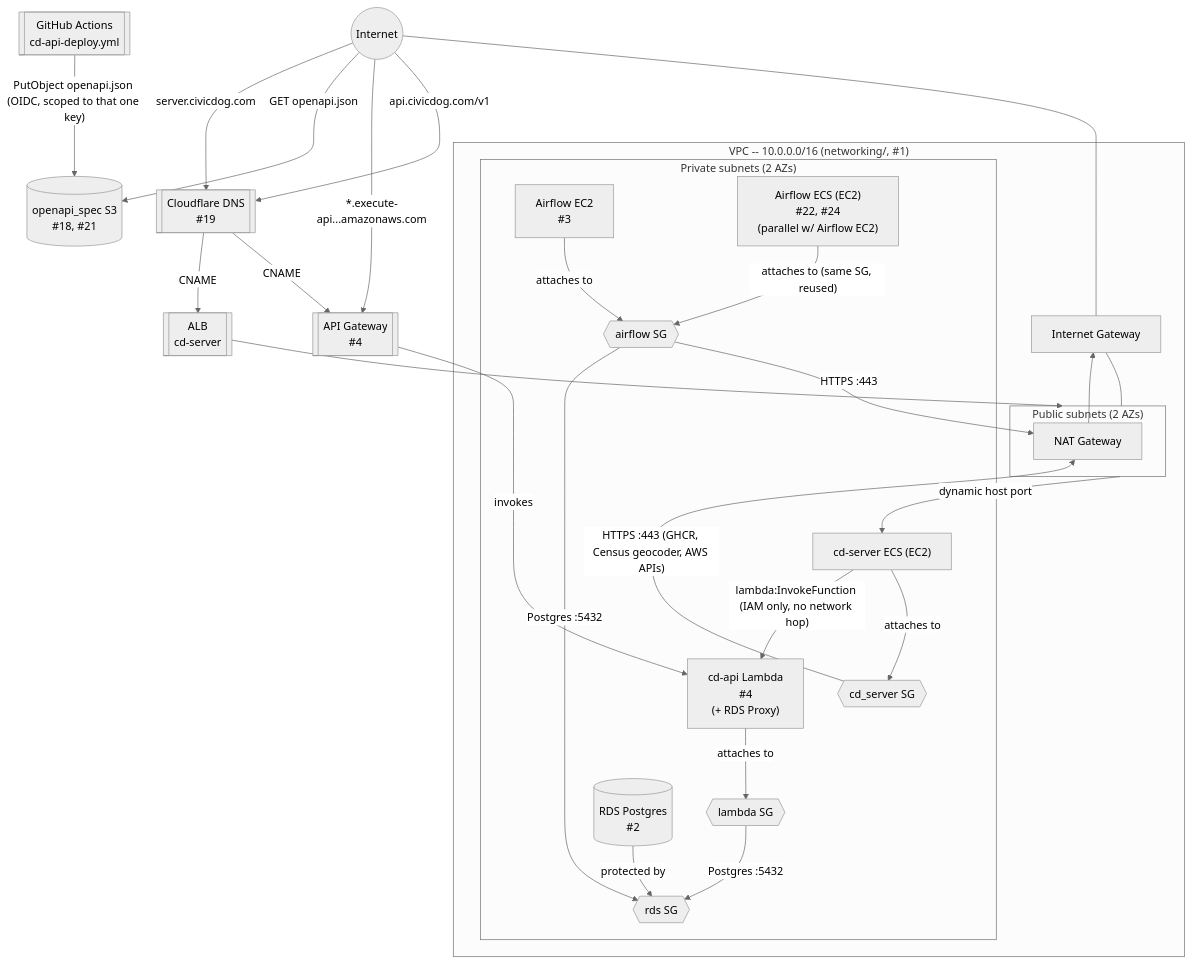
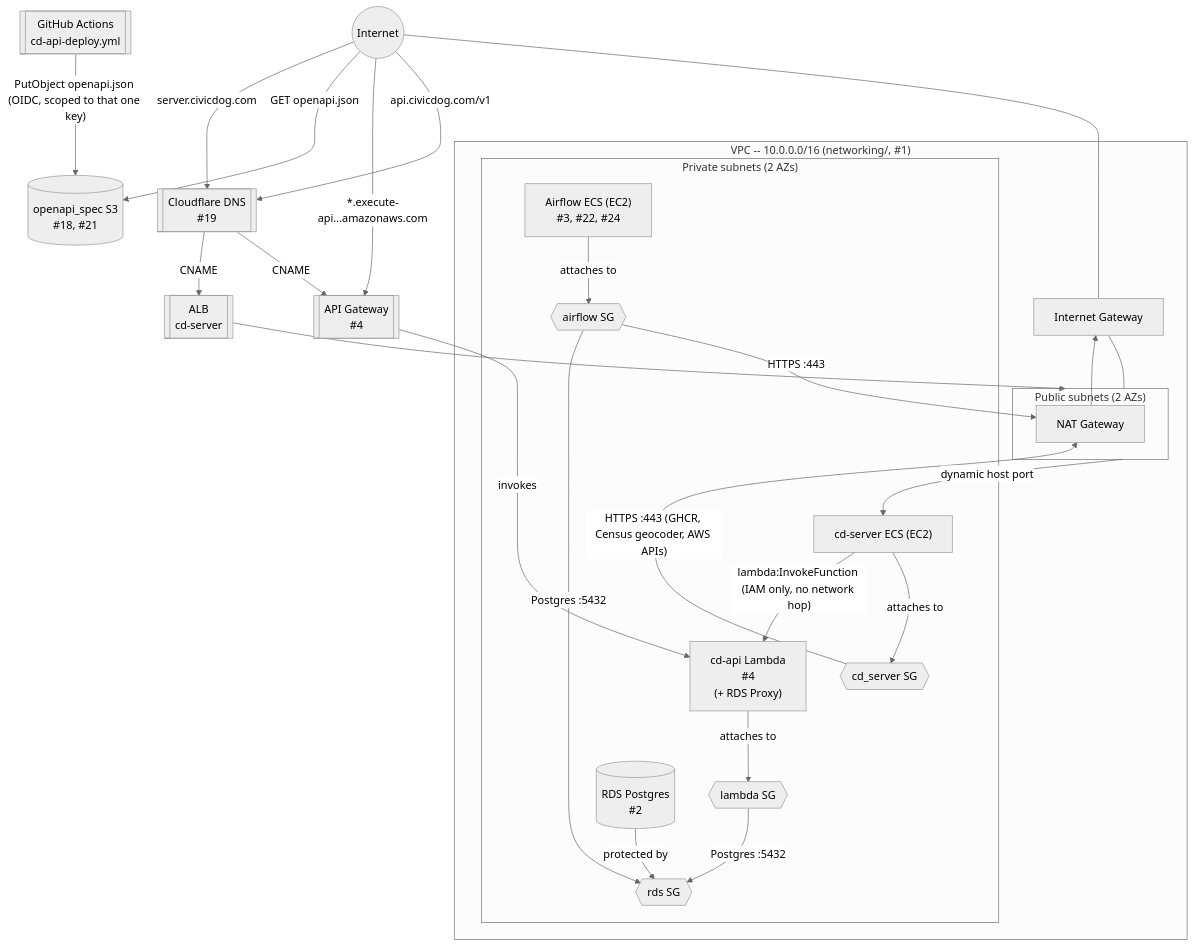
The diagram in README.md (rchacon/cd-infra), drawn with Mermaid (neutral theme) before and after one commit. The commit also changed other lines of this file and 2 other files, not shown here.

First line of the commit message:
Update docs to reflect airflow/'s completed decommission (#42)

````diff
--- a/README.md
+++ b/README.md
@@ -8,55 +8,53 @@
 ```mermaid
 flowchart TB
     internet(("Internet"))
     cf[["Cloudflare DNS<br/>#19"]]
     apigw[["API Gateway<br/>#4"]]
     openapi[("openapi_spec S3<br/>#18, #21")]
     gha[["GitHub Actions<br/>cd-api-deploy.yml"]]
     alb[["ALB<br/>cd-server"]]
 
     subgraph vpc["VPC -- 10.0.0.0/16 (networking/, #1)"]
         igw["Internet Gateway"]
 
         subgraph pub["Public subnets (2 AZs)"]
             nat["NAT Gateway"]
         end
 
         subgraph priv["Private subnets (2 AZs)"]
             rds_sg{{"rds SG"}}
             airflow_sg{{"airflow SG"}}
             lambda_sg{{"lambda SG"}}
             cd_server_sg{{"cd_server SG"}}
             rds[("RDS Postgres<br/>#2")]
-            airflow["Airflow EC2<br/>#3"]
-            airflow_ecs["Airflow ECS (EC2)<br/>#22, #24<br/>(parallel w/ Airflow EC2)"]
+            airflow_ecs["Airflow ECS (EC2)<br/>#3, #22, #24"]
             lambda["cd-api Lambda<br/>#4<br/>(+ RDS Proxy)"]
             cd_server["cd-server ECS (EC2)"]
         end
     end
 
     internet --- igw
     igw --- pub
     internet -- "api.civicdog.com/v1" --> cf
     cf -- CNAME --> apigw
     internet -- "*.execute-api...amazonaws.com" --> apigw
     internet -- "GET openapi.json" --> openapi
     gha -- "PutObject openapi.json (OIDC, scoped to that one key)" --> openapi
     apigw -- invokes --> lambda
     internet -- "server.civicdog.com" --> cf
     cf -- CNAME --> alb
     alb --> pub
     pub -- "dynamic host port" --> cd_server
 
     rds -- protected by --> rds_sg
-    airflow -- attaches to --> airflow_sg
-    airflow_ecs -- "attaches to (same SG, reused)" --> airflow_sg
+    airflow_ecs -- attaches to --> airflow_sg
     lambda -- attaches to --> lambda_sg
     cd_server -- attaches to --> cd_server_sg
 
     airflow_sg -- "HTTPS :443" --> nat
     nat --> igw
     airflow_sg -- "Postgres :5432" --> rds_sg
     lambda_sg -- "Postgres :5432" --> rds_sg
     cd_server_sg -- "HTTPS :443 (GHCR, Census geocoder, AWS APIs)" --> nat
     cd_server -- "lambda:InvokeFunction (IAM only, no network hop)" --> lambda
 ```
````
